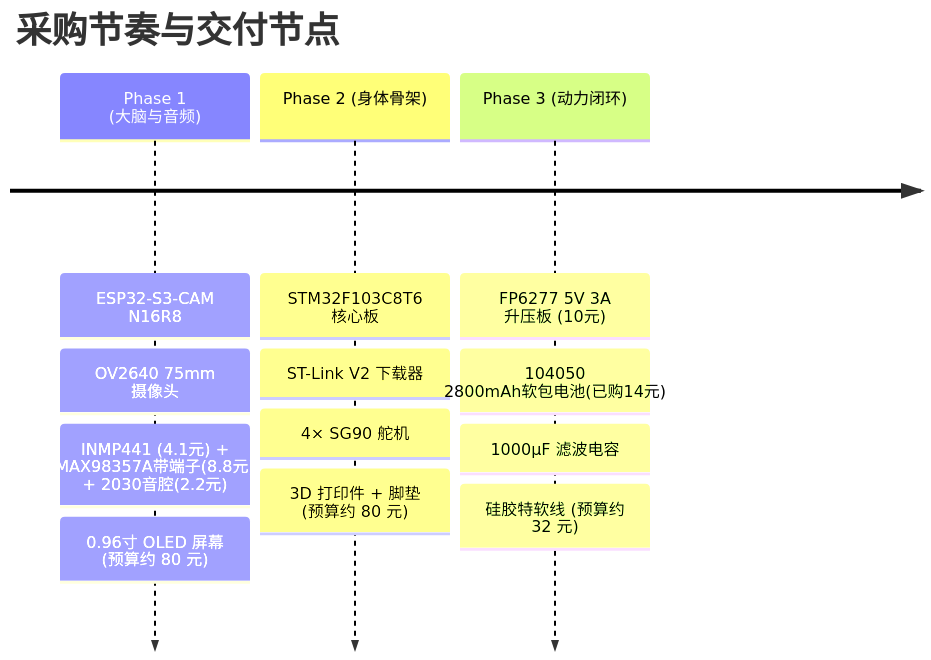
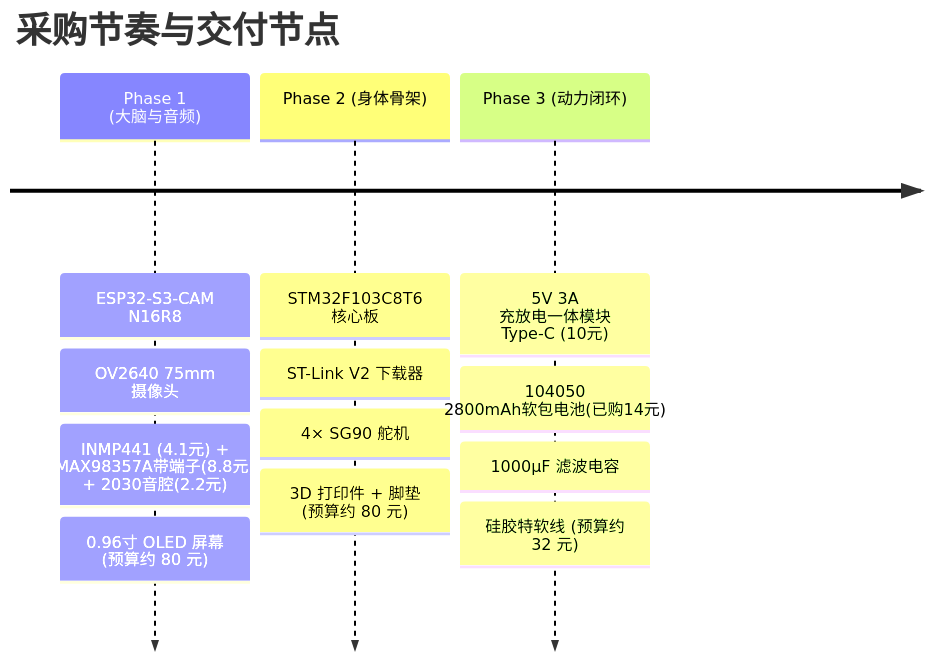
The diagram in docs/hardware/BOM.md (lllaaa999/-), drawn with Mermaid before and after one commit. The commit also changed other lines of this file and 5 other files, not shown here.

````diff
--- a/docs/hardware/BOM.md
+++ b/docs/hardware/BOM.md
@@ -75,7 +75,7 @@
 ```mermaid
 timeline
     title 采购节奏与交付节点
     Phase 1 (大脑与音频) : ESP32-S3-CAM N16R8 : OV2640 75mm 摄像头 : INMP441 (4.1元) + MAX98357A带端子(8.8元) + 2030音腔(2.2元) : 0.96寸 OLED 屏幕 (预算约 80 元)
     Phase 2 (身体骨架) : STM32F103C8T6 核心板 : ST-Link V2 下载器 : 4× SG90 舵机 : 3D 打印件 + 脚垫 (预算约 80 元)
-    Phase 3 (动力闭环) : FP6277 5V 3A 升压板 (10元) : 104050 2800mAh软包电池(已购14元) : 1000µF 滤波电容 : 硅胶特软线 (预算约 32 元)
+    Phase 3 (动力闭环) : 5V 3A 充放电一体模块 Type-C (10元) : 104050 2800mAh软包电池(已购14元) : 1000µF 滤波电容 : 硅胶特软线 (预算约 32 元)
 ```
````
